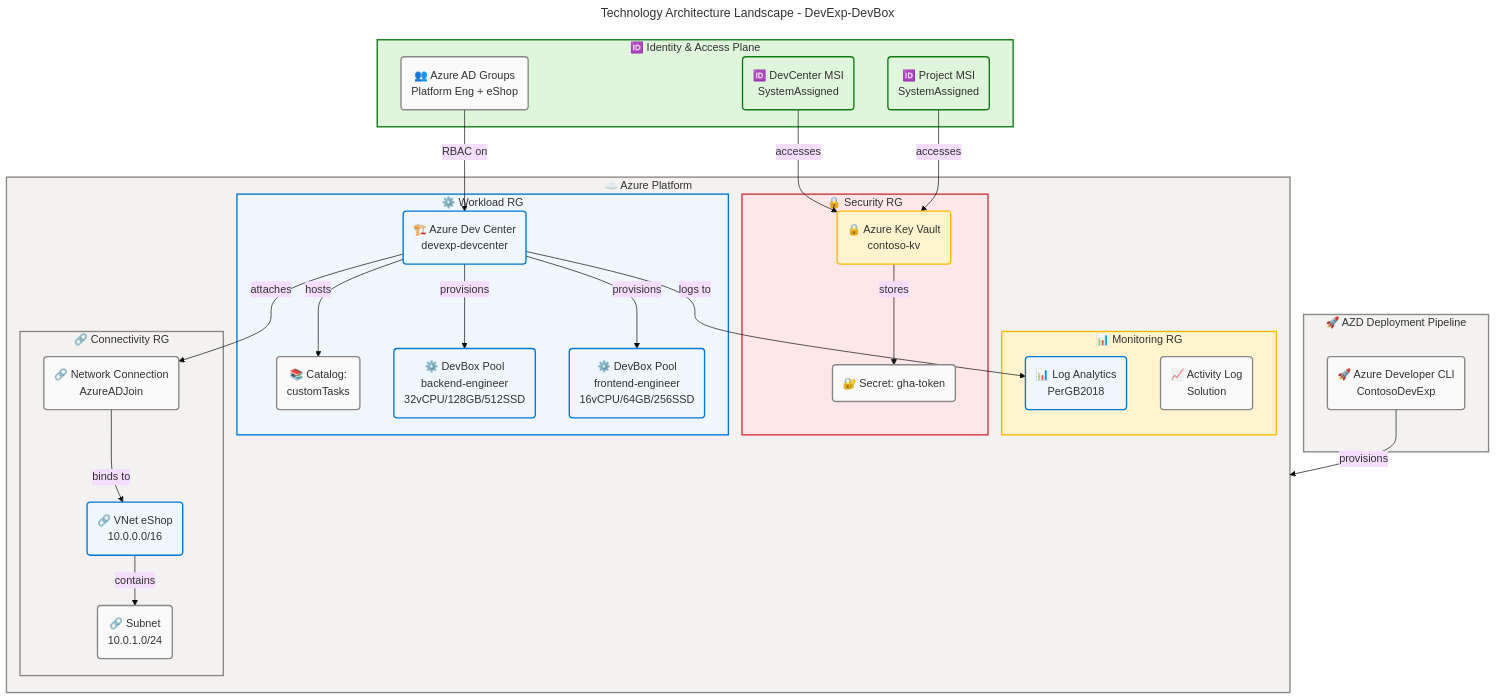
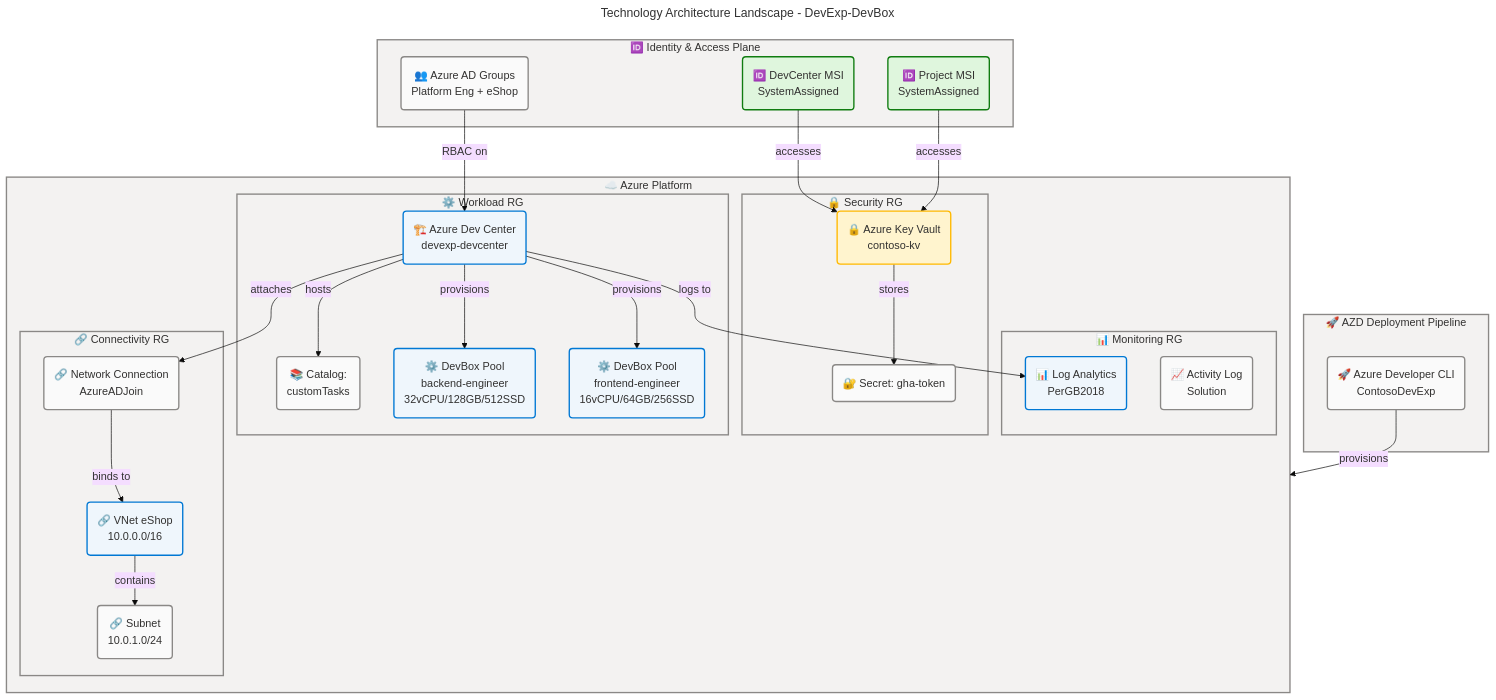
Before and after one commit to Evilazaro/DevExp-DevBox: the first of 6 diagrams in docs/architecture/technology-architecture.md, drawn with Mermaid. The commit also changed other lines of this file and 2 other files, not shown here.

Commit message:
refactor: Update Mermaid diagram styles for improved visual consistency across architecture documents

````diff
--- a/docs/architecture/technology-architecture.md
+++ b/docs/architecture/technology-architecture.md
@@ -164,9 +164,9 @@
 
     style Pipeline fill:#F3F2F1,stroke:#8A8886,stroke-width:2px,color:#323130
     style AzurePlatform fill:#F3F2F1,stroke:#8A8886,stroke-width:2px,color:#323130
-    style MonitorRG fill:#FFF4CE,stroke:#FFB900,stroke-width:2px,color:#323130
-    style SecurityRG fill:#FDE7E9,stroke:#D13438,stroke-width:2px,color:#323130
-    style WorkloadRG fill:#EFF6FC,stroke:#0078D4,stroke-width:2px,color:#323130
+    style MonitorRG fill:#F3F2F1,stroke:#8A8886,stroke-width:2px,color:#323130
+    style SecurityRG fill:#F3F2F1,stroke:#8A8886,stroke-width:2px,color:#323130
+    style WorkloadRG fill:#F3F2F1,stroke:#8A8886,stroke-width:2px,color:#323130
     style ConnRG fill:#F3F2F1,stroke:#8A8886,stroke-width:2px,color:#323130
-    style IdentityPlane fill:#DFF6DD,stroke:#107C10,stroke-width:2px,color:#323130
+    style IdentityPlane fill:#F3F2F1,stroke:#8A8886,stroke-width:2px,color:#323130
 ```
````
